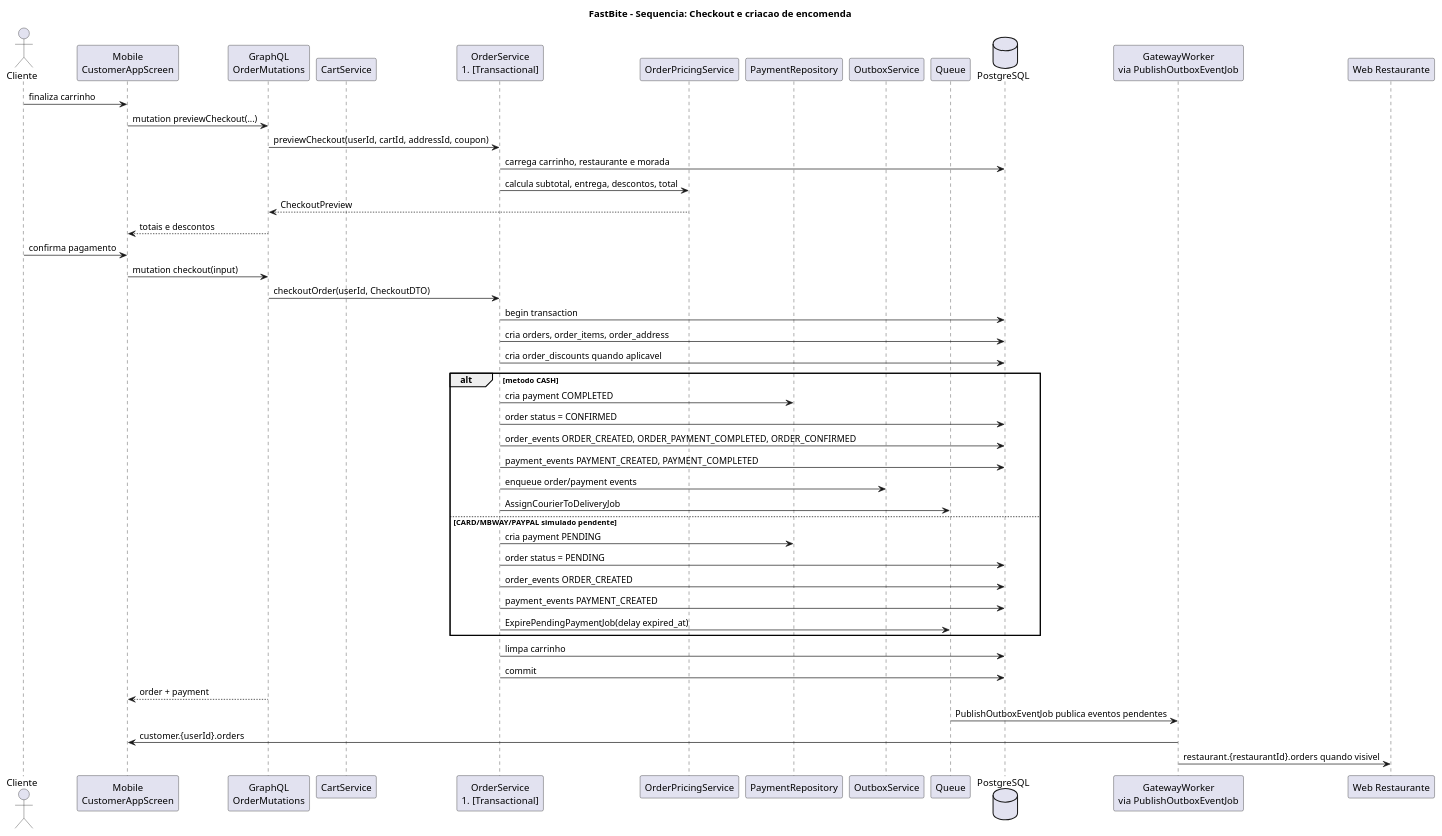
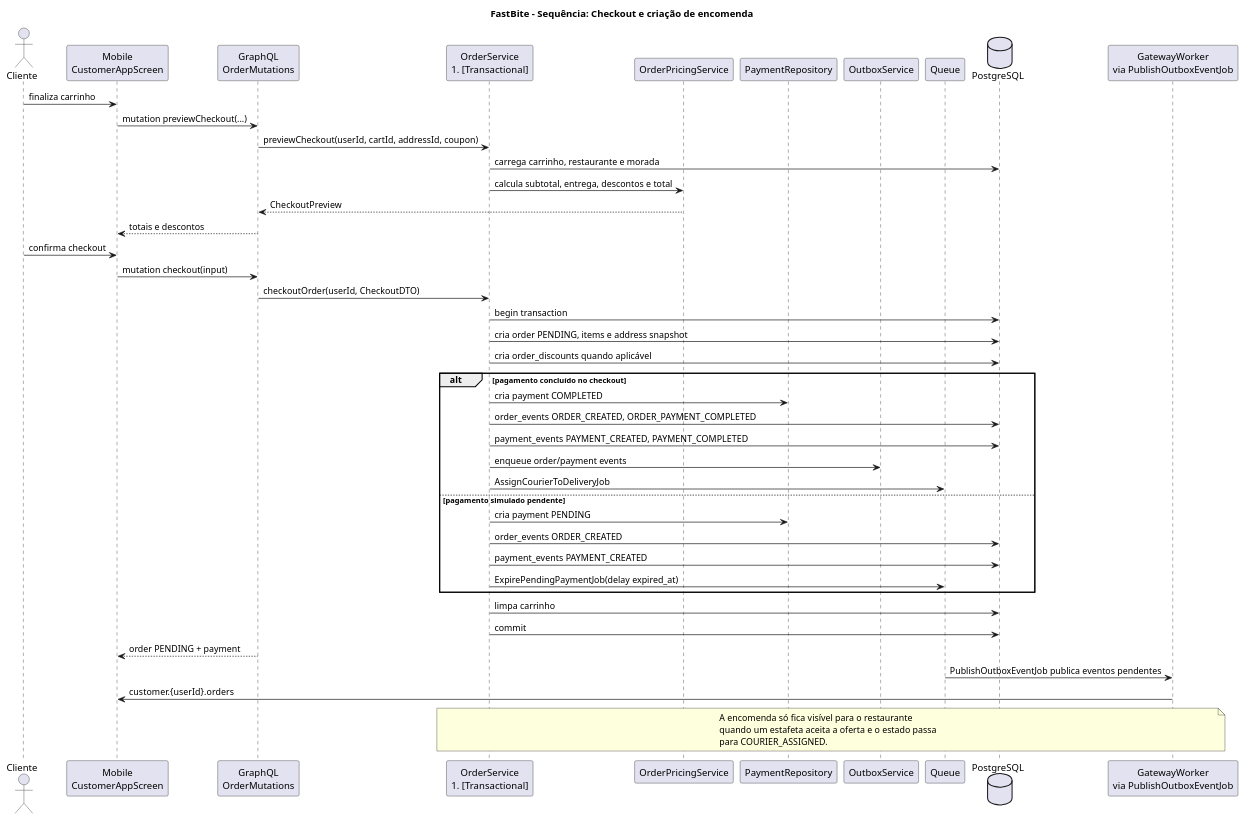
One commit to DuarteMSousa/FastBite changed the diagram in Documentacao/docs novas/03a_sequencia_checkout.puml. Above: the diagram before and after it, drawn with PlantUML. The commit also changed 25 other files, not shown here.

First line of the commit message:
Add COURIER_ASSIGNED order state and flow

```diff
--- a/Documentacao/docs novas/03a_sequencia_checkout.puml
+++ b/Documentacao/docs novas/03a_sequencia_checkout.puml
@@ -1,56 +1,57 @@
 @startuml FastBite_Seq_Checkout
-title FastBite - Sequencia: Checkout e criacao de encomenda
+title FastBite - Sequência: Checkout e criação de encomenda
 
 skinparam shadowing false
 actor Cliente
 participant "Mobile\nCustomerAppScreen" as Mobile
 participant "GraphQL\nOrderMutations" as GQL
-participant "CartService" as CartSvc
 participant "OrderService\n#[Transactional]" as OrderSvc
 participant "OrderPricingService" as Pricing
 participant "PaymentRepository" as PayRepo
 participant "OutboxService" as Outbox
 participant "Queue" as Queue
 database "PostgreSQL" as DB
 participant "GatewayWorker\nvia PublishOutboxEventJob" as GW
-participant "Web Restaurante" as Web
 
 Cliente -> Mobile: finaliza carrinho
 Mobile -> GQL: mutation previewCheckout(...)
 GQL -> OrderSvc: previewCheckout(userId, cartId, addressId, coupon)
 OrderSvc -> DB: carrega carrinho, restaurante e morada
-OrderSvc -> Pricing: calcula subtotal, entrega, descontos, total
+OrderSvc -> Pricing: calcula subtotal, entrega, descontos e total
 Pricing --> GQL: CheckoutPreview
 GQL --> Mobile: totais e descontos
 
-Cliente -> Mobile: confirma pagamento
+Cliente -> Mobile: confirma checkout
 Mobile -> GQL: mutation checkout(input)
 GQL -> OrderSvc: checkoutOrder(userId, CheckoutDTO)
 OrderSvc -> DB: begin transaction
-OrderSvc -> DB: cria orders, order_items, order_address
-OrderSvc -> DB: cria order_discounts quando aplicavel
+OrderSvc -> DB: cria order PENDING, items e address snapshot
+OrderSvc -> DB: cria order_discounts quando aplicável
 
-alt metodo CASH
+alt pagamento concluído no checkout
   OrderSvc -> PayRepo: cria payment COMPLETED
-  OrderSvc -> DB: order status = CONFIRMED
-  OrderSvc -> DB: order_events ORDER_CREATED, ORDER_PAYMENT_COMPLETED, ORDER_CONFIRMED
+  OrderSvc -> DB: order_events ORDER_CREATED, ORDER_PAYMENT_COMPLETED
   OrderSvc -> DB: payment_events PAYMENT_CREATED, PAYMENT_COMPLETED
   OrderSvc -> Outbox: enqueue order/payment events
   OrderSvc -> Queue: AssignCourierToDeliveryJob
-else CARD/MBWAY/PAYPAL simulado pendente
+else pagamento simulado pendente
   OrderSvc -> PayRepo: cria payment PENDING
-  OrderSvc -> DB: order status = PENDING
   OrderSvc -> DB: order_events ORDER_CREATED
   OrderSvc -> DB: payment_events PAYMENT_CREATED
   OrderSvc -> Queue: ExpirePendingPaymentJob(delay expired_at)
 end
 
 OrderSvc -> DB: limpa carrinho
 OrderSvc -> DB: commit
-GQL --> Mobile: order + payment
+GQL --> Mobile: order PENDING + payment
 
 Queue -> GW: PublishOutboxEventJob publica eventos pendentes
 GW -> Mobile: customer.{userId}.orders
-GW -> Web: restaurant.{restaurantId}.orders quando visivel
+
+note over OrderSvc, GW
+  A encomenda só fica visível para o restaurante
+  quando um estafeta aceita a oferta e o estado passa
+  para COURIER_ASSIGNED.
+end note
 
 @enduml
```
